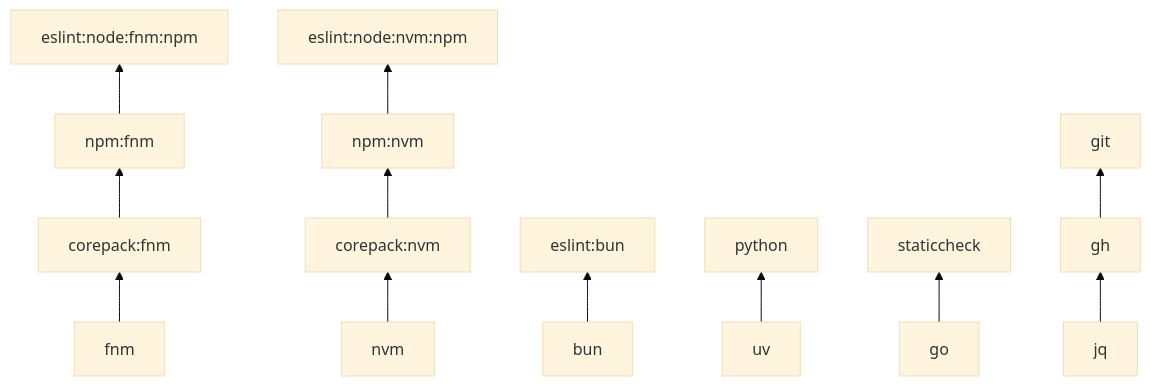
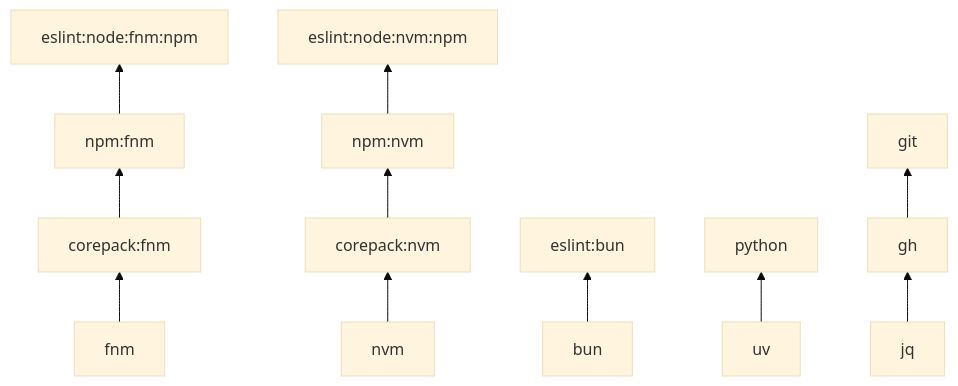
The diagram in README.md (task-otter/store), drawn with Mermaid (base theme) before and after one commit. The commit also changed other lines of this file and 131 other files, not shown here.

````diff
--- a/README.md
+++ b/README.md
@@ -79,17 +79,16 @@
 ```mermaid
 flowchart BT
   fnm --> corepack_fnm["corepack:fnm"]
   corepack_fnm --> npm_fnm["npm:fnm"]
   npm_fnm --> eslint_fnm_npm["eslint:node:fnm:npm"]
 
   nvm --> corepack_nvm["corepack:nvm"]
   corepack_nvm --> npm_nvm["npm:nvm"]
   npm_nvm --> eslint_nvm_npm["eslint:node:nvm:npm"]
 
   bun --> eslint_bun["eslint:bun"]
 
   uv --> python
-  go --> staticcheck
   jq --> gh
   gh --> git
 ```
````
